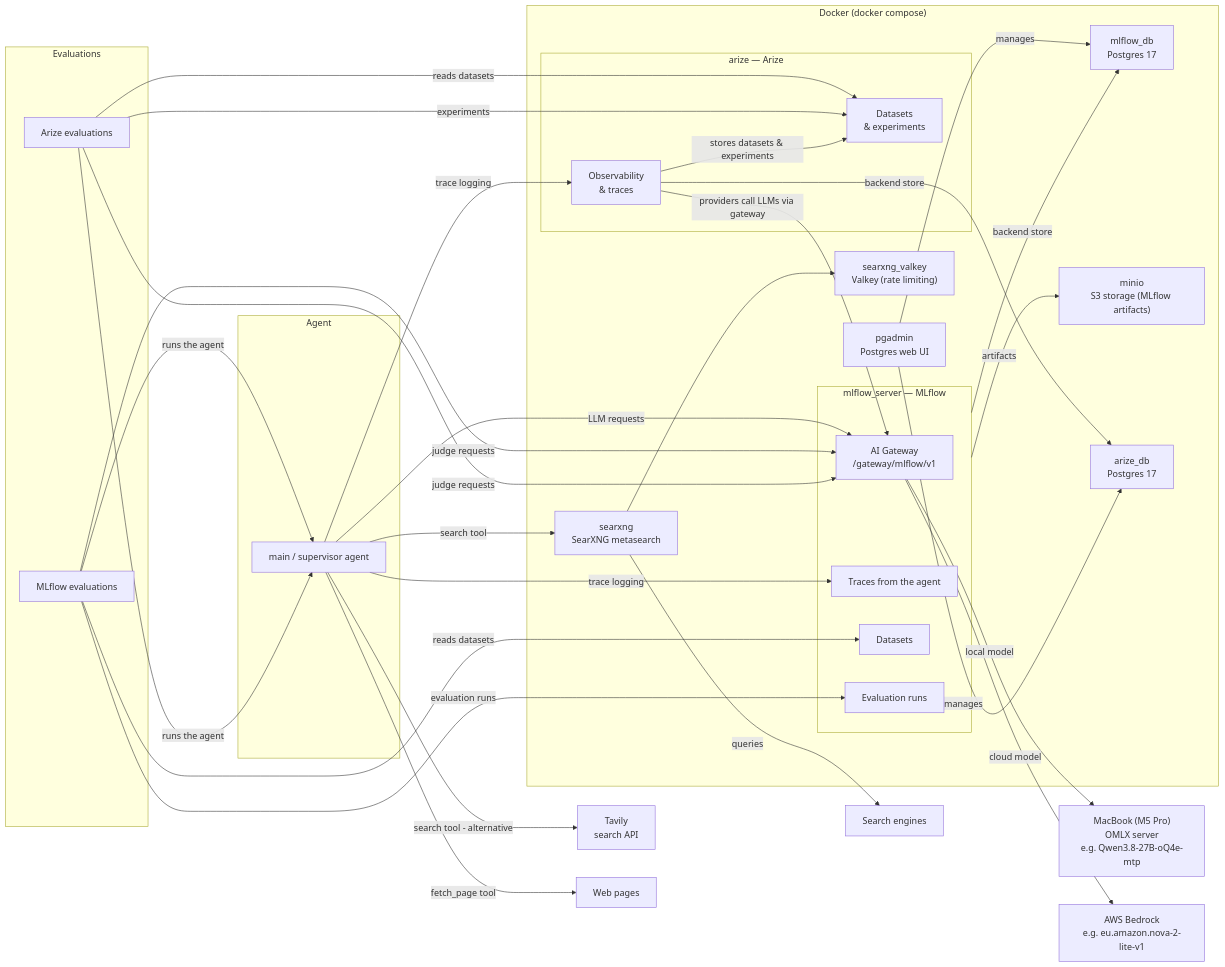
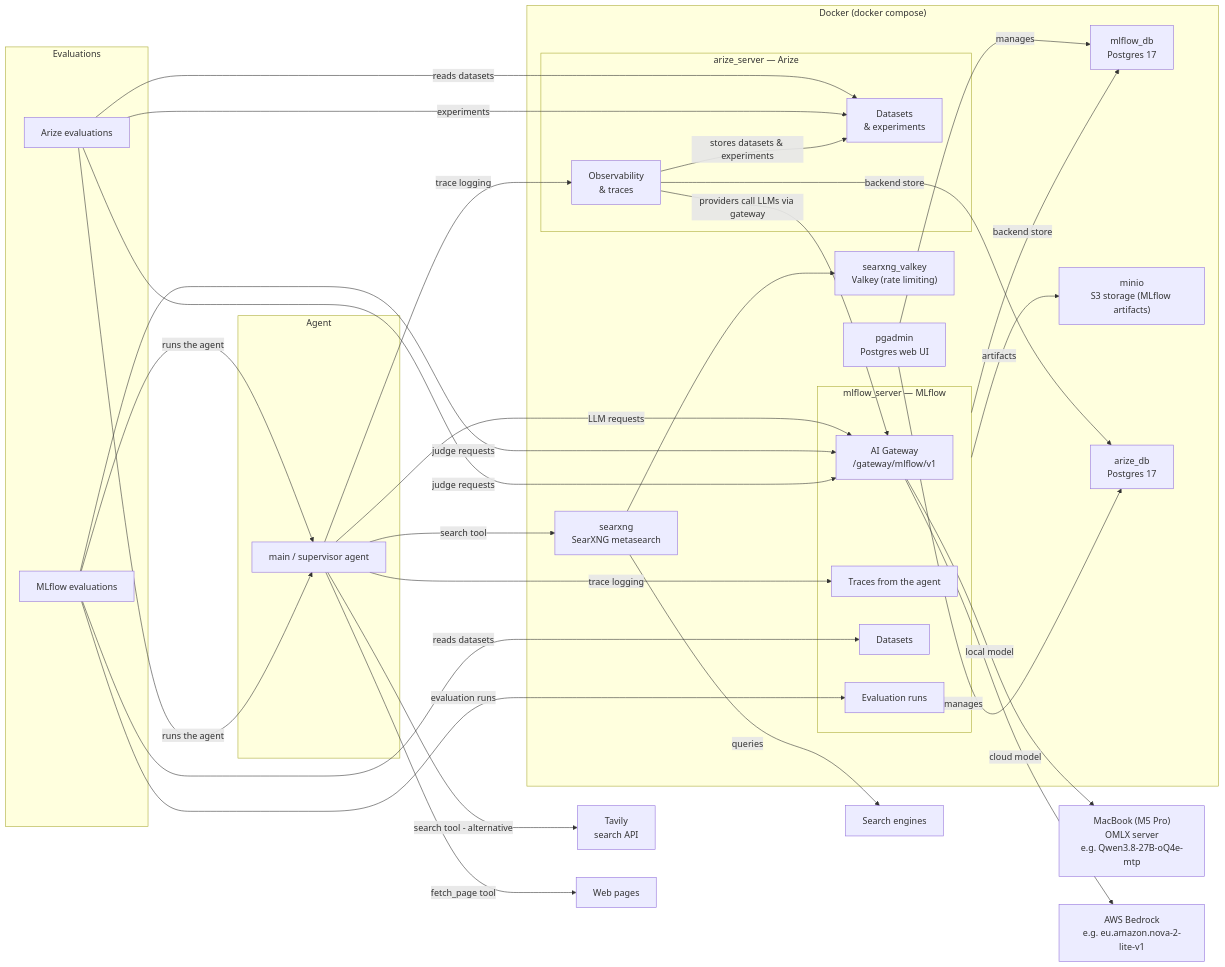
The first of 5 diagrams in design.md (codiply/tech-market-researcher), drawn with Mermaid before and after one commit. The commit also changed other lines of this file and 1 other file, not shown here.

Commit message:
Rename Arize observability service to arize_server
- Renamed the Arize service and container in docker/docker-compose.yml to arize_server to distinguish the observability server from the rest of the Arize stack.
- Updated the matching node names in the architecture diagrams in design.md so the diagrams stay consistent with the compose service name.

````diff
--- a/design.md
+++ b/design.md
@@ -5,62 +5,62 @@
 ```mermaid
 flowchart LR
     subgraph agent["Agent"]
         main["main / supervisor agent"]
     end
 
     subgraph evals["Evaluations"]
         mlflow_evals["MLflow evaluations"]
         arize_evals["Arize evaluations"]
     end
 
     subgraph docker["Docker (docker compose)"]
         subgraph mlflow_box["mlflow_server — MLflow"]
             gateway["AI Gateway<br/>/gateway/mlflow/v1"]
             traces["Traces from the agent"]
             datasets["Datasets"]
             eval_runs["Evaluation runs"]
         end
         mlflow_db["mlflow_db<br/>Postgres 17"]
         searxng["searxng<br/>SearXNG metasearch"]
         valkey["searxng_valkey<br/>Valkey (rate limiting)"]
         minio["minio<br/>S3 storage (MLflow artifacts)"]
         pgadmin["pgadmin<br/>Postgres web UI"]
-        subgraph arize_box["arize — Arize"]
-            arize["Observability<br/>& traces"]
+        subgraph arize_box["arize_server — Arize"]
+            arize_server["Observability<br/>& traces"]
             arize_datasets["Datasets<br/>& experiments"]
         end
         arize_db["arize_db<br/>Postgres 17"]
     end
 
     macbook["MacBook (M5 Pro)<br/>OMLX server<br/>e.g. Qwen3.8-27B-oQ4e-mtp"]
     aws["AWS Bedrock<br/>e.g. eu.amazon.nova-2-lite-v1"]
     tavily["Tavily<br/>search API"]
     engines["Search engines"]
     web["Web pages"]
 
     main -->|LLM requests| gateway
     main -->|trace logging| traces
-    main -->|trace logging| arize
+    main -->|trace logging| arize_server
     main -->|search tool| searxng
     main -->|search tool - alternative| tavily
     main -->|fetch_page tool| web
     mlflow_evals -->|runs the agent| main
     mlflow_evals -->|judge requests| gateway
     mlflow_evals -->|reads datasets| datasets
     mlflow_evals -->|evaluation runs| eval_runs
     arize_evals -->|runs the agent| main
     arize_evals -->|judge requests| gateway
     arize_evals -->|reads datasets| arize_datasets
     arize_evals -->|experiments| arize_datasets
-    arize -->|stores datasets & experiments| arize_datasets
-    arize -->|providers call LLMs via gateway| gateway
+    arize_server -->|stores datasets & experiments| arize_datasets
+    arize_server -->|providers call LLMs via gateway| gateway
     gateway -->|local model| macbook
     gateway -->|cloud model| aws
     searxng -->|queries| engines
     searxng --> valkey
     mlflow_box -->|backend store| mlflow_db
     mlflow_box -->|artifacts| minio
     pgadmin -->|manages| mlflow_db
-    arize -->|backend store| arize_db
+    arize_server -->|backend store| arize_db
     pgadmin -->|manages| arize_db
 ```
````
